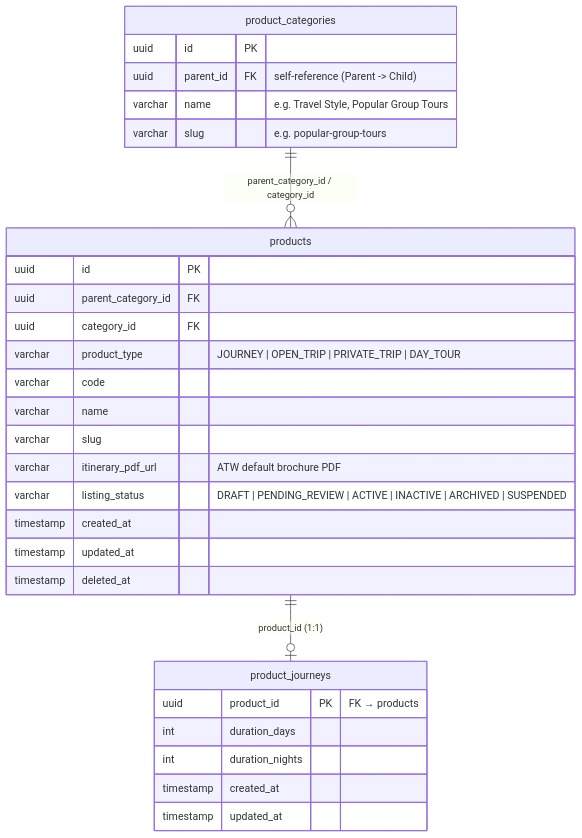
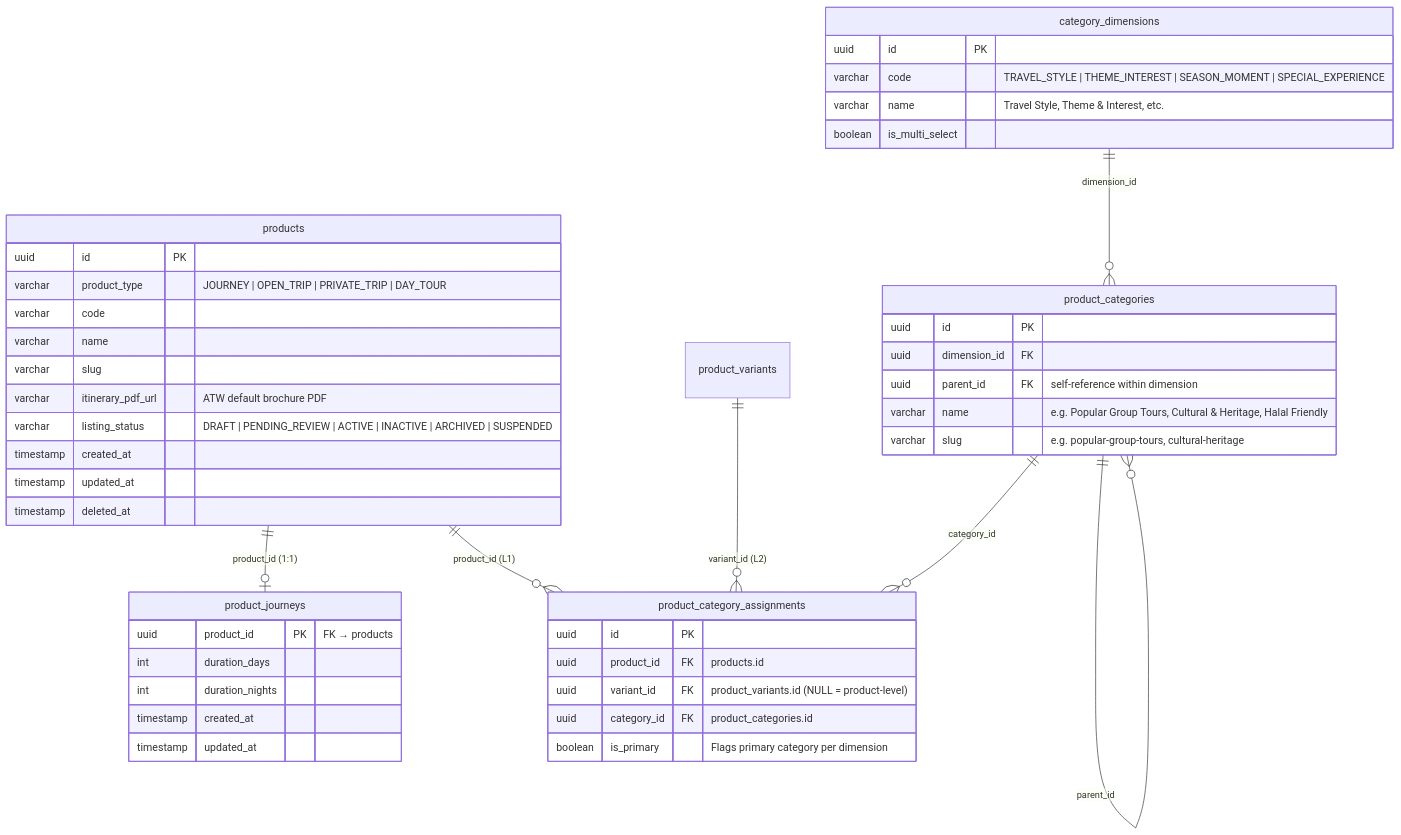
Before and after one commit to Haris-saifudin/hobiholidays-documentations: the second of 8 diagrams in technical/product-technical-design.md, drawn with Mermaid. The commit also changed other lines of this file and 3 other files, not shown here.

````diff
--- a/technical/product-technical-design.md
+++ b/technical/product-technical-design.md
@@ -572,35 +627,53 @@
 ```mermaid
 erDiagram
-    product_categories ||--o{ products : "parent_category_id / category_id"
-    products           ||--o| product_journeys : "product_id (1:1)"
+    category_dimensions ||--o{ product_categories : "dimension_id"
+    product_categories  ||--o{ product_categories : "parent_id"
+    products            ||--o| product_journeys   : "product_id (1:1)"
+    products            ||--o{ product_category_assignments : "product_id (L1)"
+    product_variants    ||--o{ product_category_assignments : "variant_id (L2)"
+    product_categories  ||--o{ product_category_assignments : "category_id"
+
+    category_dimensions {
+        uuid      id              PK
+        varchar   code            "TRAVEL_STYLE | THEME_INTEREST | SEASON_MOMENT | SPECIAL_EXPERIENCE"
+        varchar   name            "Travel Style, Theme & Interest, etc."
+        boolean   is_multi_select
+    }
 
     product_categories {
-        uuid      id        PK
-        uuid      parent_id FK "self-reference (Parent -> Child)"
-        varchar   name      "e.g. Travel Style, Popular Group Tours"
-        varchar   slug      "e.g. popular-group-tours"
+        uuid      id           PK
+        uuid      dimension_id FK
+        uuid      parent_id    FK "self-reference within dimension"
+        varchar   name         "e.g. Popular Group Tours, Cultural & Heritage, Halal Friendly"
+        varchar   slug         "e.g. popular-group-tours, cultural-heritage"
+    }
+
+    product_category_assignments {
+        uuid      id          PK
+        uuid      product_id  FK "products.id"
+        uuid      variant_id  FK "product_variants.id (NULL = product-level)"
+        uuid      category_id FK "product_categories.id"
+        boolean   is_primary  "Flags primary category per dimension"
     }
 
     products {
         uuid      id                 PK
-        uuid      parent_category_id FK
-        uuid      category_id        FK
         varchar   product_type       "JOURNEY | OPEN_TRIP | PRIVATE_TRIP | DAY_TOUR"
         varchar   code
         varchar   name
         varchar   slug
         varchar   itinerary_pdf_url  "ATW default brochure PDF"
         varchar   listing_status     "DRAFT | PENDING_REVIEW | ACTIVE | INACTIVE | ARCHIVED | SUSPENDED"
         timestamp created_at
         timestamp updated_at
         timestamp deleted_at
     }
 
     product_journeys {
         uuid      product_id        PK "FK → products"
         int       duration_days
         int       duration_nights
         timestamp created_at
         timestamp updated_at
     }
 ```
````
